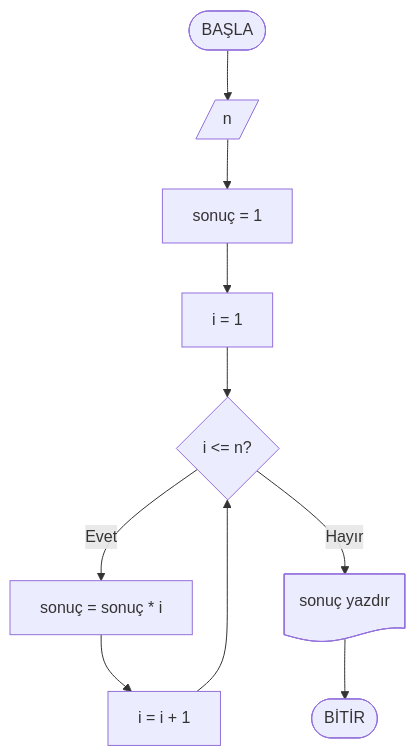
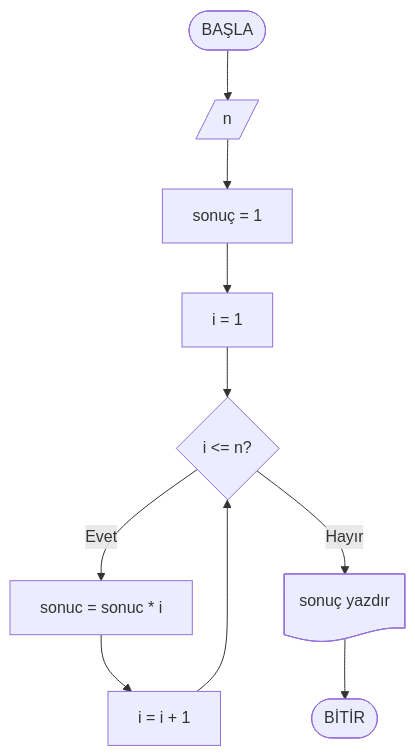
Before and after one commit to ibrahimayaz/Algoritma-ve-Programlamaya-Giris-2025: the fourth of 10 diagrams in Hafta02/ders_icerik.md, drawn with Mermaid. The commit also changed other lines of this file, not shown here.

````diff
--- a/Hafta02/ders_icerik.md
+++ b/Hafta02/ders_icerik.md
@@ -484,7 +484,7 @@
 ```mermaid
 flowchart TD
   start([BAŞLA]) --> nin[/n/] --> init1[sonuç = 1] --> init2[i = 1]
   init2 --> loop{i <= n?}
-  loop -- Evet --> mult[sonuç = sonuç * i] --> inc[i = i + 1] --> loop
+  loop -- Evet --> mult[sonuc = sonuc * i] --> inc[i = i + 1] --> loop
   loop -- Hayır --> out@{ shape: doc, label: "sonuç yazdır" } --> endNode([BİTİR])
 ```
````
